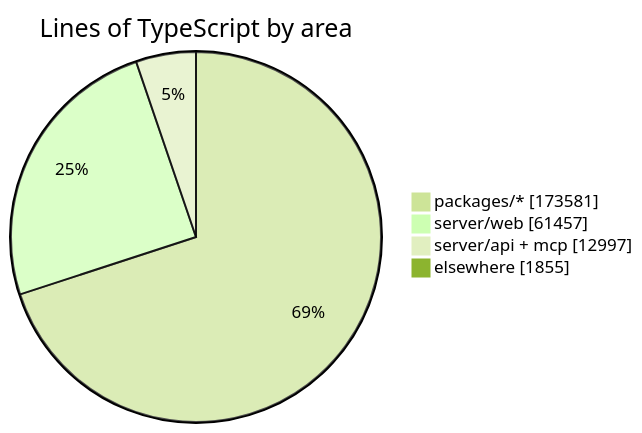
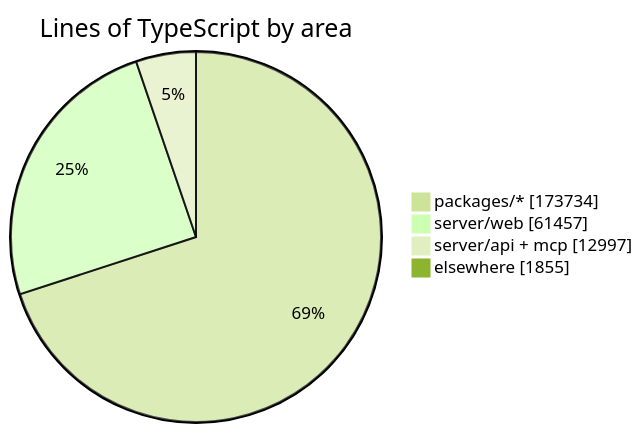
Before and after one commit to crossworks-engineering/mantle: the diagram in README.md, drawn with Mermaid (forest theme). The commit also changed other lines of this file and 2 other files, not shown here.

````diff
--- a/README.md
+++ b/README.md
@@ -279,7 +279,7 @@
 ```mermaid
 pie showData title Lines of TypeScript by area
-    "packages/*" : 173581
+    "packages/*" : 173734
     "server/web" : 61457
     "server/api + mcp" : 12997
     "elsewhere" : 1855
 ```
````
